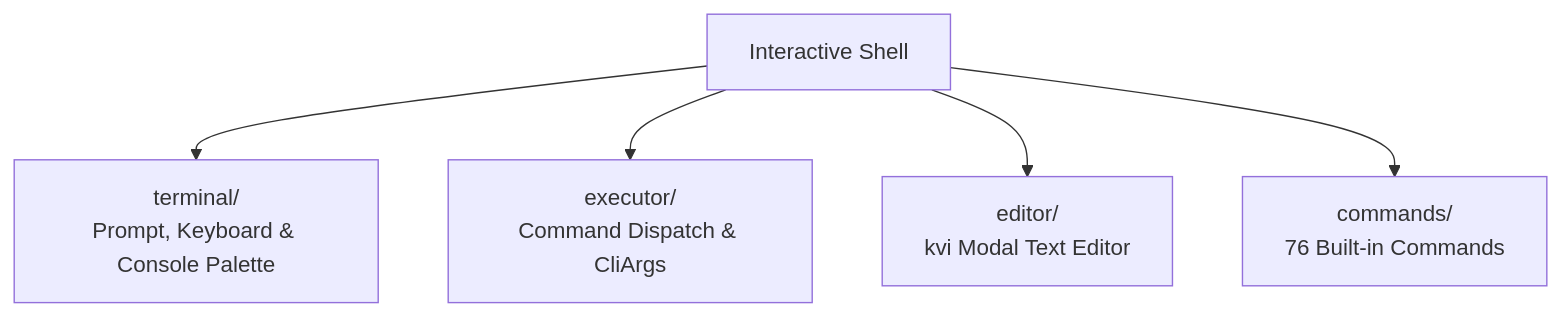
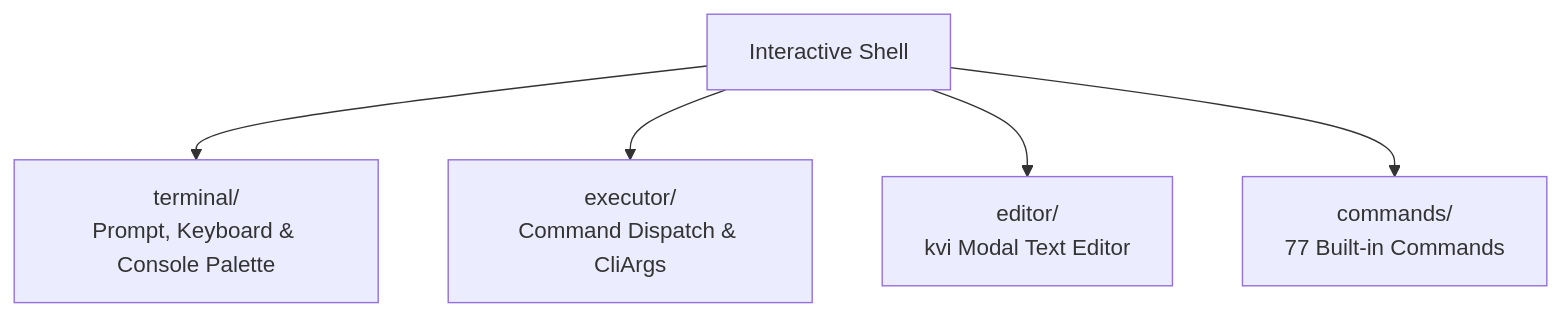
Before and after one commit to mrvlous/keira: the diagram in docs/shell/README.md, drawn with Mermaid. The commit also changed other lines of this file and 2 other files, not shown here.

Commit message:
docs(shell): update shell commands reference manual and index for init command

````diff
--- a/docs/shell/README.md
+++ b/docs/shell/README.md
@@ -11,7 +11,7 @@
 ```mermaid
 graph TD
     Shell["Interactive Shell"] --> Terminal["terminal/<br/>Prompt, Keyboard & Console Palette"]
     Shell --> Executor["executor/<br/>Command Dispatch & CliArgs"]
     Shell --> Editor["editor/<br/>kvi Modal Text Editor"]
-    Shell --> Cmds["commands/<br/>76 Built-in Commands"]
+    Shell --> Cmds["commands/<br/>77 Built-in Commands"]
 ```
````
